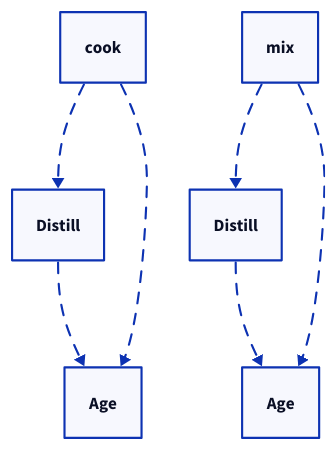
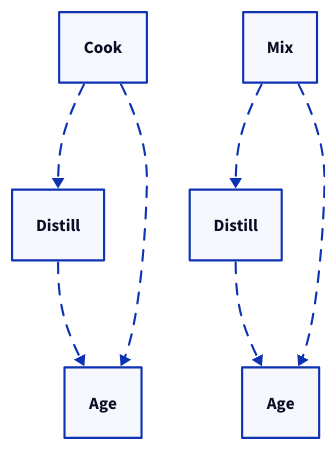
The diagram in src/content/docs/docs/for-server-owners/guides/creating-a-recipe.mdx (BreweryTeam/TheBrewingProject-Documentation), drawn with D2 before and after one commit. The commit also changed 1 other file, not shown here.

Commit message:
Capitalize cook and mix step in the diagram

````diff
--- a/src/content/docs/docs/for-server-owners/guides/creating-a-recipe.mdx
+++ b/src/content/docs/docs/for-server-owners/guides/creating-a-recipe.mdx
@@ -90,19 +90,21 @@
 ```d2 sketch pad=50 animated
 direction: down
 
 # Cook
+cook: Cook
 distill_cook_path: Distill
 age_cook_path: Age
 
 cook -> distill_cook_path { style.animated: true }
 distill_cook_path -> age_cook_path { style.animated: true }
 cook -> age_cook_path { style.animated: true }
 
 # Mix
+mix: Mix
 distill_mix_path: Distill
 age_mix_path: Age
 
 mix -> distill_mix_path { style.animated: true }
 distill_mix_path -> age_mix_path { style.animated: true }
 mix -> age_mix_path { style.animated: true }
 ```
````
